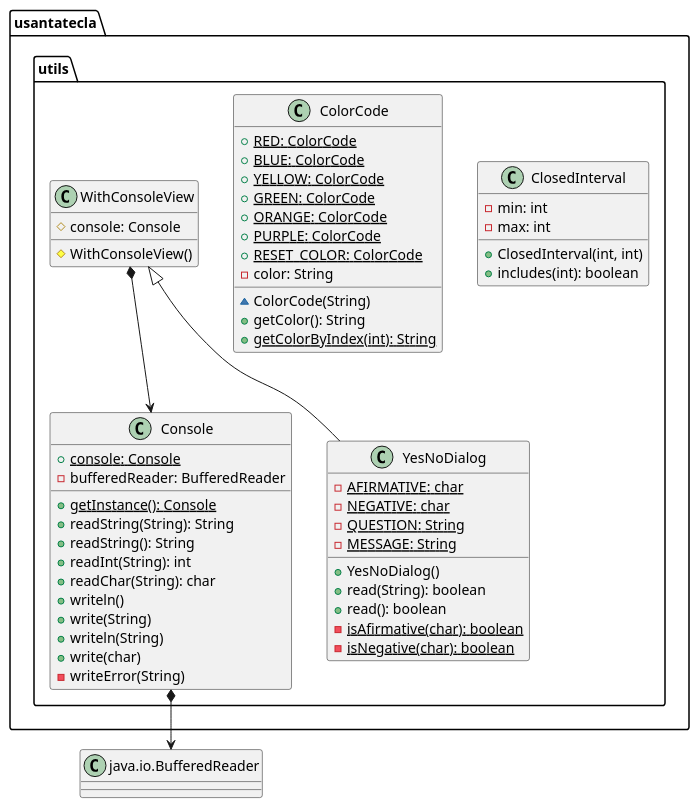
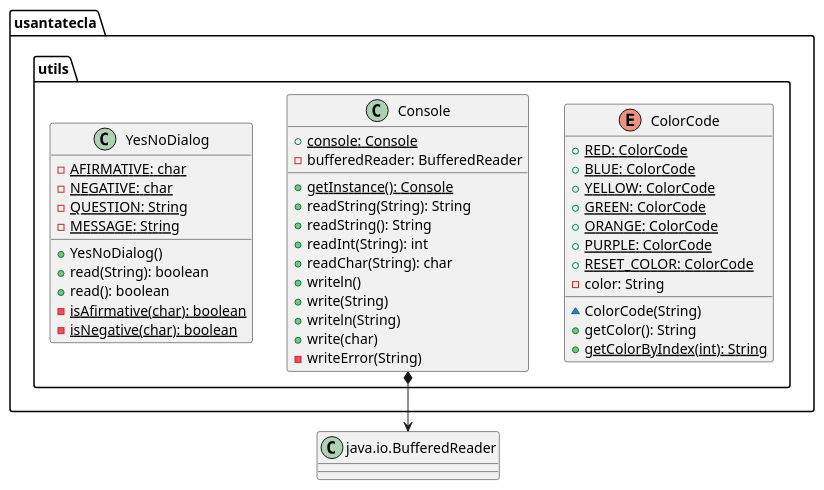
One commit to SantaTecla-mastermind/solution.java.swing.socket.sql changed the second of 2 diagrams in domainModel/docs/diagrams/src/paquetes.plantuml. Above: the diagram before and after it, drawn with PlantUML. The commit also changed other lines of this file and 2 other files, not shown here.

Commit message:
Errors fixed in domainModel diagrams

```diff
--- a/domainModel/docs/diagrams/src/paquetes.plantuml
+++ b/domainModel/docs/diagrams/src/paquetes.plantuml
@@ -152,60 +152,50 @@
 @startuml usantatecla.utils
-class  usantatecla.utils.ClosedInterval{
-- min: int
-- max: int
-+ ClosedInterval(int, int)
-+ includes(int): boolean
-}
 
-class  usantatecla.utils.ColorCode{
+enum  usantatecla.utils.ColorCode{
 + {static} RED: ColorCode
 + {static} BLUE: ColorCode
 + {static} YELLOW: ColorCode
 + {static} GREEN: ColorCode
 + {static} ORANGE: ColorCode
 + {static} PURPLE: ColorCode
 + {static} RESET_COLOR: ColorCode
 - color: String
 ~ ColorCode(String)
 + getColor(): String
 + {static} getColorByIndex(int): String
 }
 
 class  usantatecla.utils.Console{
 + {static} console: Console
 - bufferedReader: BufferedReader
 + {static} getInstance(): Console
 + readString(String): String
 + readString(): String
 + readInt(String): int
 + readChar(String): char
 + writeln()
 + write(String)
 + writeln(String)
 + write(char)
 - writeError(String)
 }
 
 class BufferedReader as "java.io.BufferedReader"
 
 usantatecla.utils.Console *-down-> BufferedReader
 
-class  usantatecla.utils.WithConsoleView{
-# console: Console
-# WithConsoleView()
-}
-usantatecla.utils.WithConsoleView *-down-> usantatecla.utils.Console
+
 
 class  usantatecla.utils.YesNoDialog{
 - {static} AFIRMATIVE: char
 - {static} NEGATIVE: char
 - {static} QUESTION: String
 - {static} MESSAGE: String
 + YesNoDialog()
 + read(String): boolean
 + read(): boolean
 - {static} isAfirmative(char): boolean
 - {static} isNegative(char): boolean
 }
-usantatecla.utils.WithConsoleView <|-down- usantatecla.utils.YesNoDialog
+
 @enduml
```
